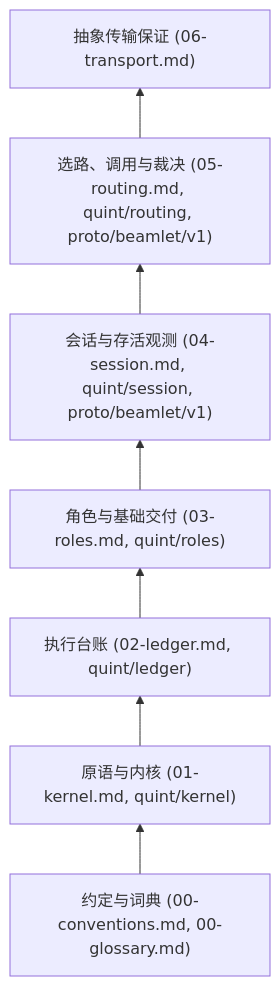
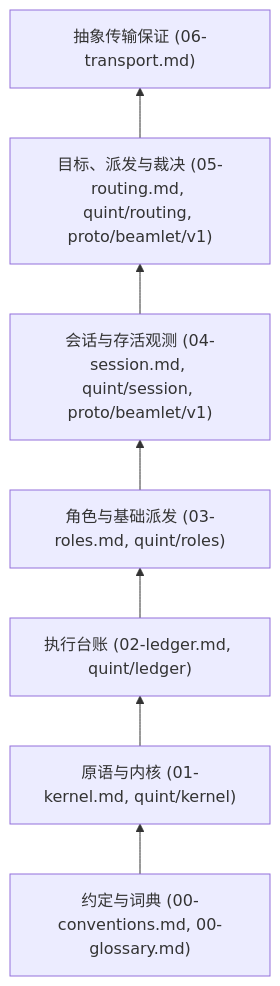
The diagram in spec/README.md (Everfold/Beamlet), drawn with Mermaid before and after one commit. The commit also changed other lines of this file and 19 other files, not shown here.

````diff
--- a/spec/README.md
+++ b/spec/README.md
@@ -13,12 +13,12 @@
 ```mermaid
 flowchart BT
     CONV["约定与词典 (00-conventions.md, 00-glossary.md)"]
     KRN["原语与内核 (01-kernel.md, quint/kernel)"]
     LDG["执行台账 (02-ledger.md, quint/ledger)"]
-    ROL["角色与基础交付 (03-roles.md, quint/roles)"]
+    ROL["角色与基础派发 (03-roles.md, quint/roles)"]
     SES["会话与存活观测 (04-session.md, quint/session, proto/beamlet/v1)"]
-    RTE["选路、调用与裁决 (05-routing.md, quint/routing, proto/beamlet/v1)"]
+    RTE["目标、派发与裁决 (05-routing.md, quint/routing, proto/beamlet/v1)"]
     TRP["抽象传输保证 (06-transport.md)"]
 
     CONV --> KRN --> LDG --> ROL --> SES --> RTE --> TRP
 ```
````
